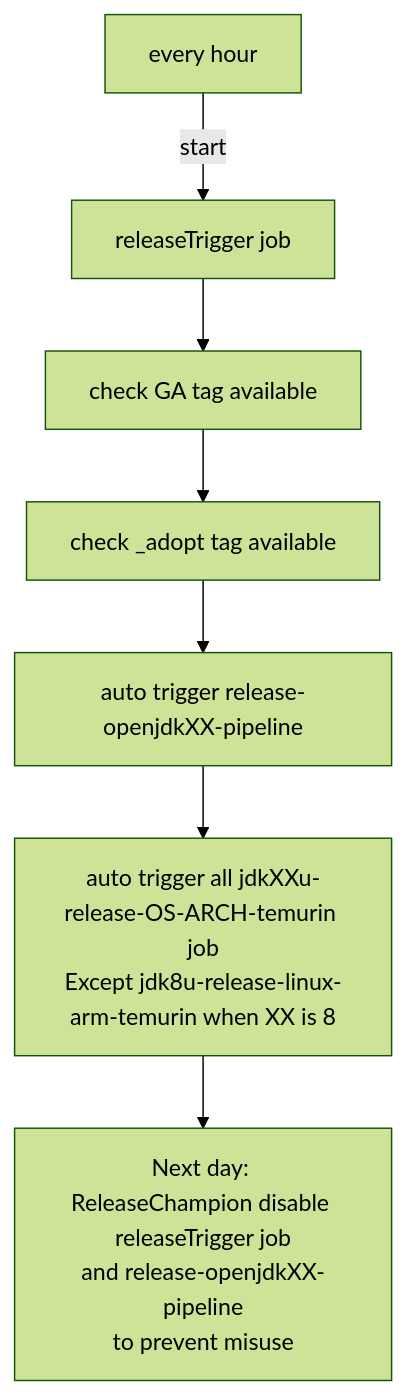
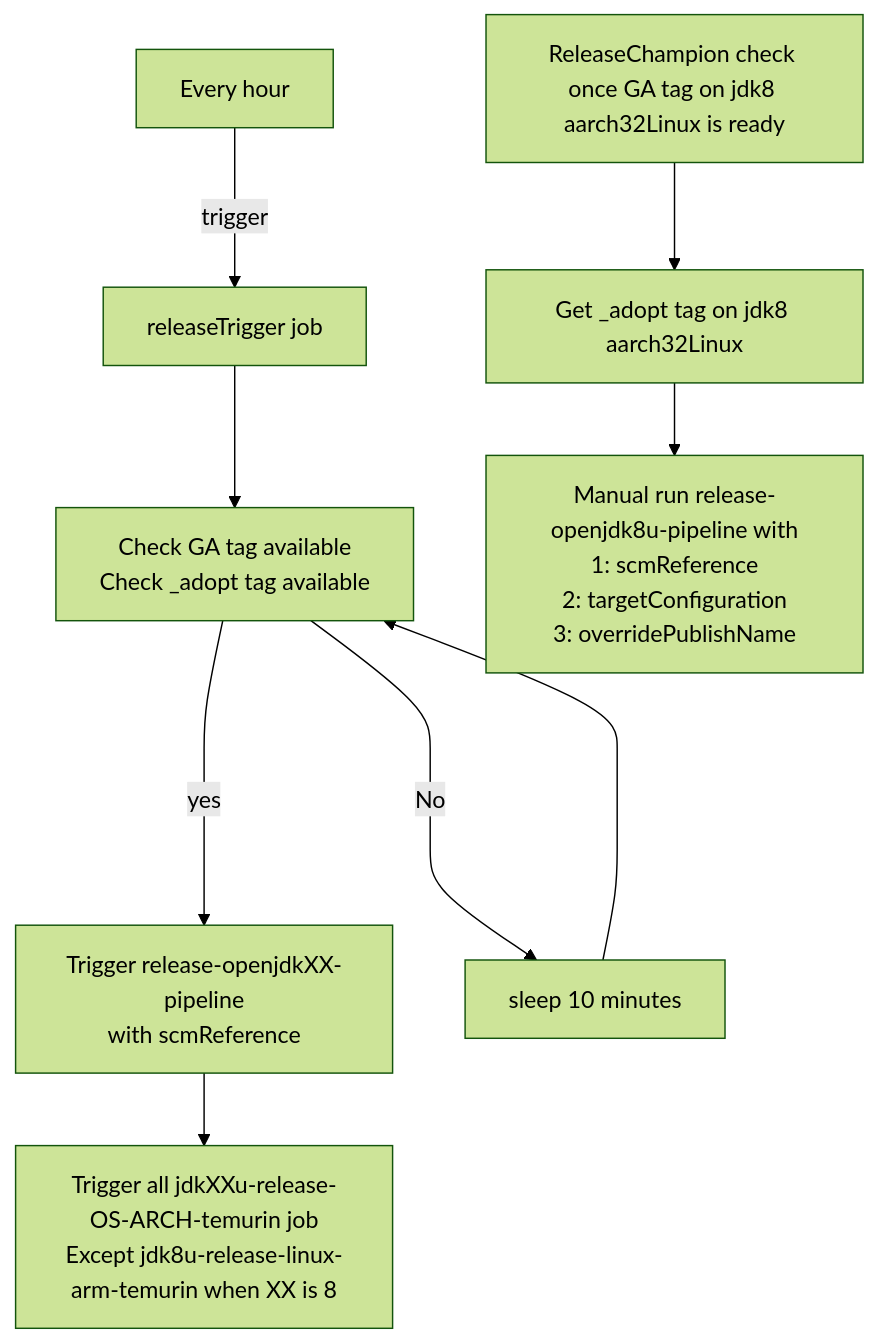
Before and after one commit to adoptium/temurin-build: the second of 2 diagrams in RELEASING.md, drawn with Mermaid (forest theme). The commit also changed other lines of this file, not shown here.

````diff
--- a/RELEASING.md
+++ b/RELEASING.md
@@ -140,7 +140,10 @@
 ```mermaid
 
 flowchart TD
 
-start["every hour"] --start--> step0["releaseTrigger job"] --> step1["check GA tag available"] --> step2["check _adopt tag available"] --> step3["auto trigger release-openjdkXX-pipeline"] --> step4["auto trigger all jdkXXu-release-OS-ARCH-temurin job\nExcept jdk8u-release-linux-arm-temurin when XX is 8"] --> post["Next day: ReleaseChampion disable releaseTrigger job\nand release-openjdkXX-pipeline\nto prevent misuse"]
+start["Every hour"] --trigger--> step0["releaseTrigger job"] --> step1["Check GA tag available\nCheck _adopt tag available"] ----> |yes| step2["Trigger release-openjdkXX-pipeline\nwith scmReference"] --> step3["Trigger all jdkXXu-release-OS-ARCH-temurin job\nExcept jdk8u-release-linux-arm-temurin when XX is 8"]
+step1 ---->|No| step1.1["sleep 10 minutes"] -->step1
+
+step4["ReleaseChampion check once GA tag on jdk8 aarch32Linux is ready"] -->step5["Get _adopt tag on jdk8 aarch32Linux"] -->step6["Manual run release-openjdk8u-pipeline with\n1: scmReference\n2: targetConfiguration\n3: overridePublishName"]
 
 ```
````
